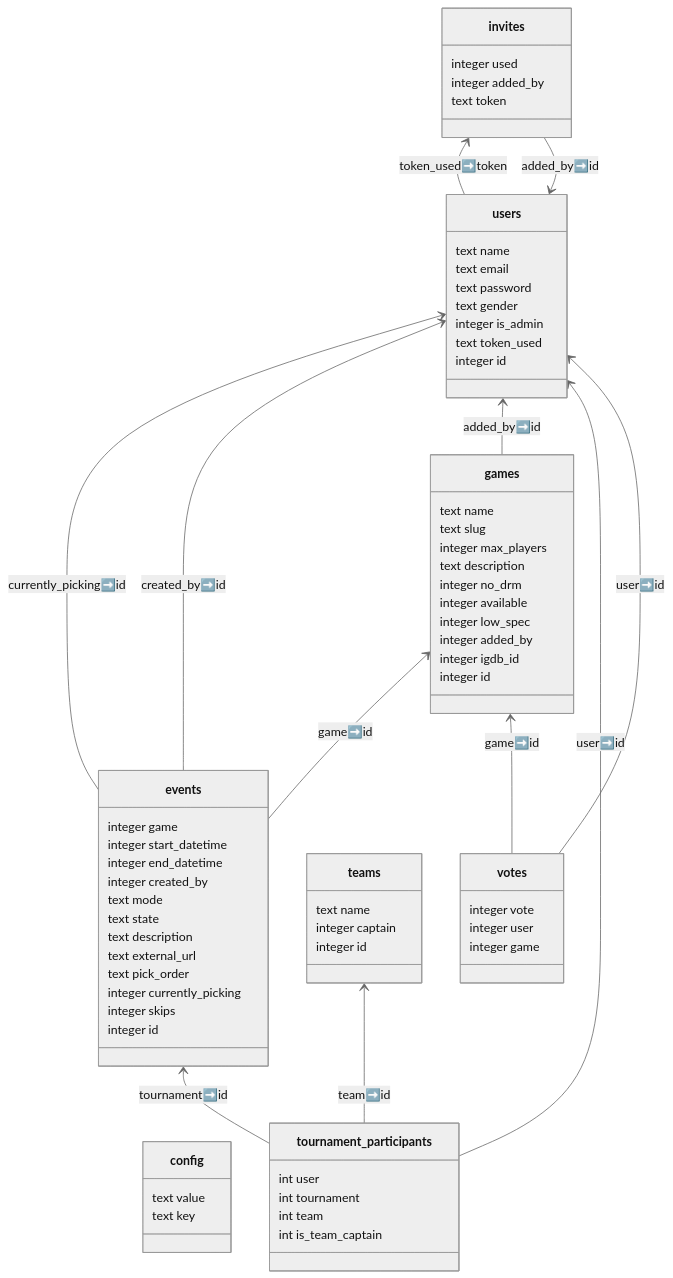
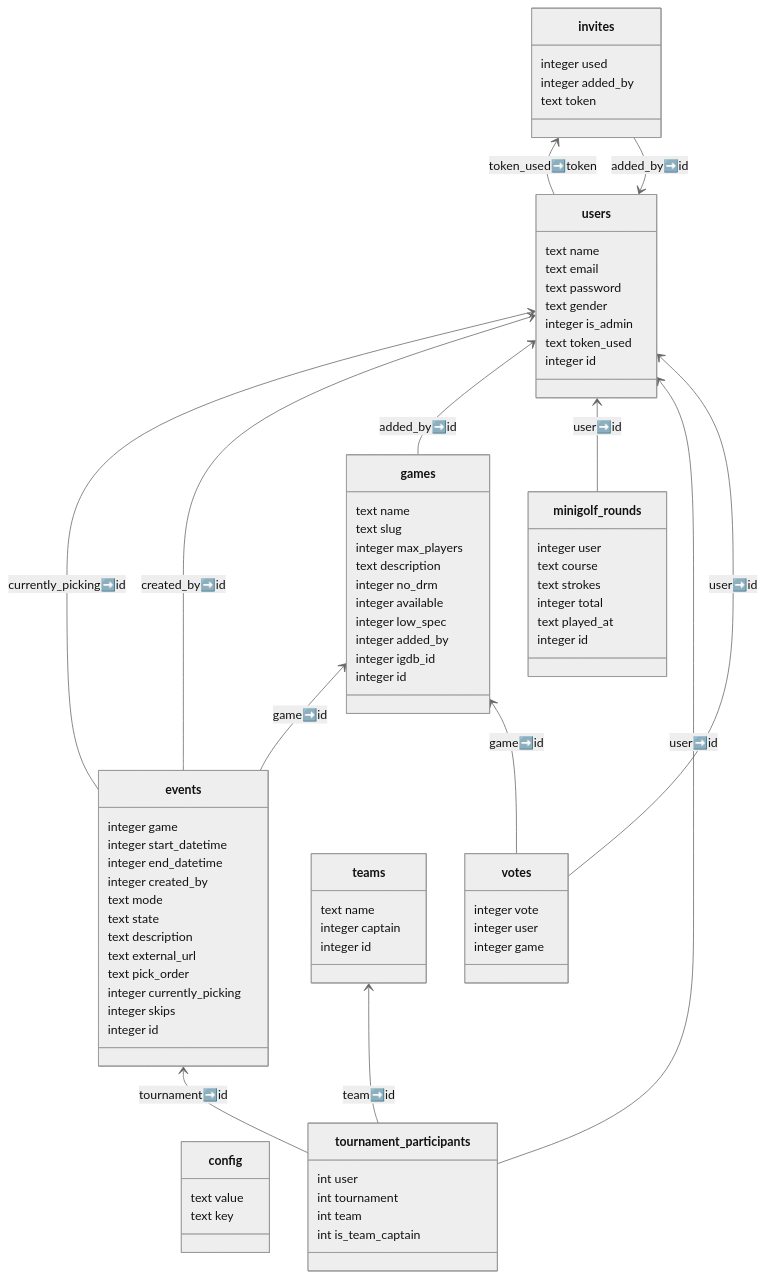
One commit to hubwoop/lol9k1 changed the diagram in docs/db_schema.md. Above: the diagram before and after it, drawn with Mermaid (neutral theme). The commit also changed 10 other files, not shown here.

```diff
--- a/docs/db_schema.md
+++ b/docs/db_schema.md
@@ -36,6 +36,14 @@
    integer added_by
    text token
 }
+class minigolf_rounds {
+   integer user
+   text course
+   text strokes
+   integer total
+   text played_at
+   integer id
+}
 class teams {
    text name
    integer captain
@@ -67,6 +75,7 @@
 events  -->  users : created_by➡️id
 games  -->  users : added_by➡️id
 invites  -->  users : added_by➡️id
+minigolf_rounds  -->  users : user➡️id
 tournament_participants  -->  events : tournament➡️id
 tournament_participants  -->  teams : team➡️id
 tournament_participants  -->  users : user➡️id
```
